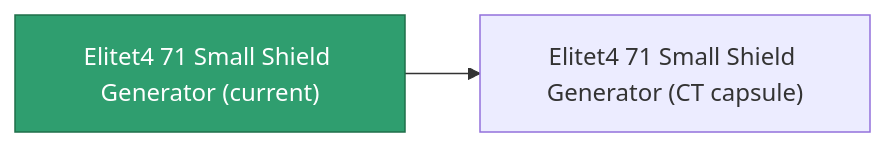
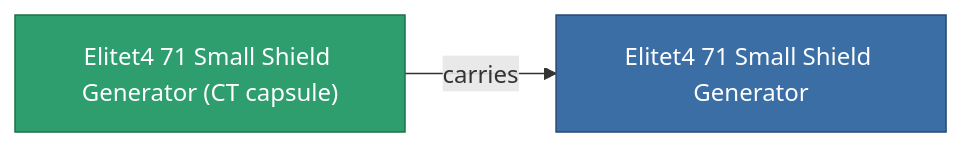
One commit to OpenPerpetuum/Wiki changed the diagram in content/content/items/elitet4_71_small_shield_generator.md. Above: the diagram before and after it, drawn with Mermaid. The commit also changed other lines of this file and 2015 other files, not shown here.

````diff
--- a/content/content/items/elitet4_71_small_shield_generator.md
+++ b/content/content/items/elitet4_71_small_shield_generator.md
@@ -37,8 +37,9 @@
 ```mermaid
 graph LR
-    a["Elitet4 71 Small Shield Generator (current)"]:::current
-    b["Elitet4 71 Small Shield Generator (CT capsule)"]
-    a --> b
-    click b "/content/items/elitet4-71-small-shield-generator-ct-capsule/" "Elitet4 71 Small Shield Generator (CT capsule)"
+    a["Elitet4 71 Small Shield Generator (CT capsule)"]:::current
+    b["Elitet4 71 Small Shield Generator"]:::finished
+    a -->|carries| b
+                click b "/content/items/elitet4-71-small-shield-generator/" "Elitet4 71 Small Shield Generator"
     classDef current fill:#2f9e6f,stroke:#1f6f4a,color:#ffffff
+    classDef finished fill:#3b6ea5,stroke:#274a75,color:#ffffff
 ```
````
